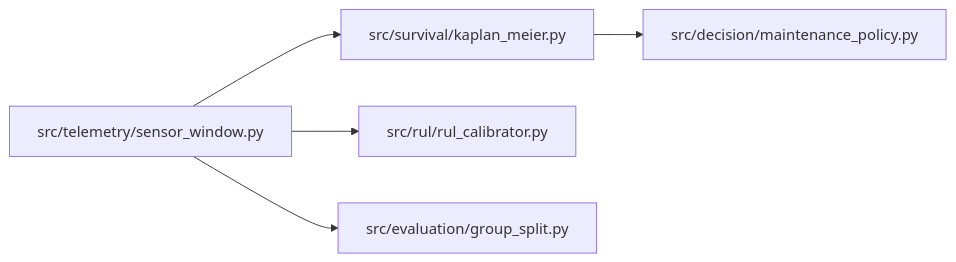
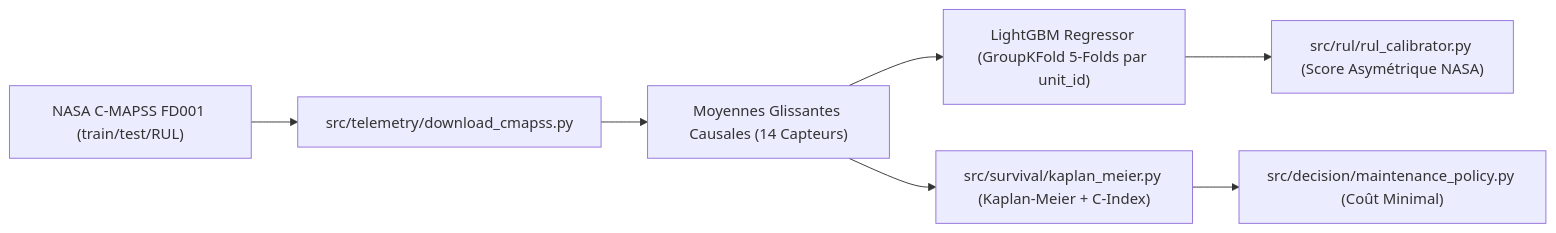
One commit to elm-as/CBMX changed the diagram in README.md. Above: the diagram before and after it, drawn with Mermaid. The commit also changed other lines of this file and 13 other files, not shown here.

Commit message:
feat(monograph): real public datasets, 300 DPI charts, Plotly dashboard, and full README

````diff
--- a/README.md
+++ b/README.md
@@ -21,7 +74,9 @@
 ```mermaid
 flowchart LR
-    TEL["src/telemetry/sensor_window.py"] --> SURV["src/survival/kaplan_meier.py"]
-    TEL --> RUL["src/rul/rul_calibrator.py"]
-    SURV --> DEC["src/decision/maintenance_policy.py"]
-    TEL --> EVAL["src/evaluation/group_split.py"]
+    NASA["NASA C-MAPSS FD001 (train/test/RUL)"] --> DL["src/telemetry/download_cmapss.py"]
+    DL --> FE["Moyennes Glissantes Causales (14 Capteurs)"]
+    FE --> LGB["LightGBM Regressor (GroupKFold 5-Folds par unit_id)"]
+    LGB --> RUL["src/rul/rul_calibrator.py (Score Asymétrique NASA)"]
+    FE --> SURV["src/survival/kaplan_meier.py (Kaplan-Meier + C-Index)"]
+    SURV --> DEC["src/decision/maintenance_policy.py (Coût Minimal)"]
 ```
````
